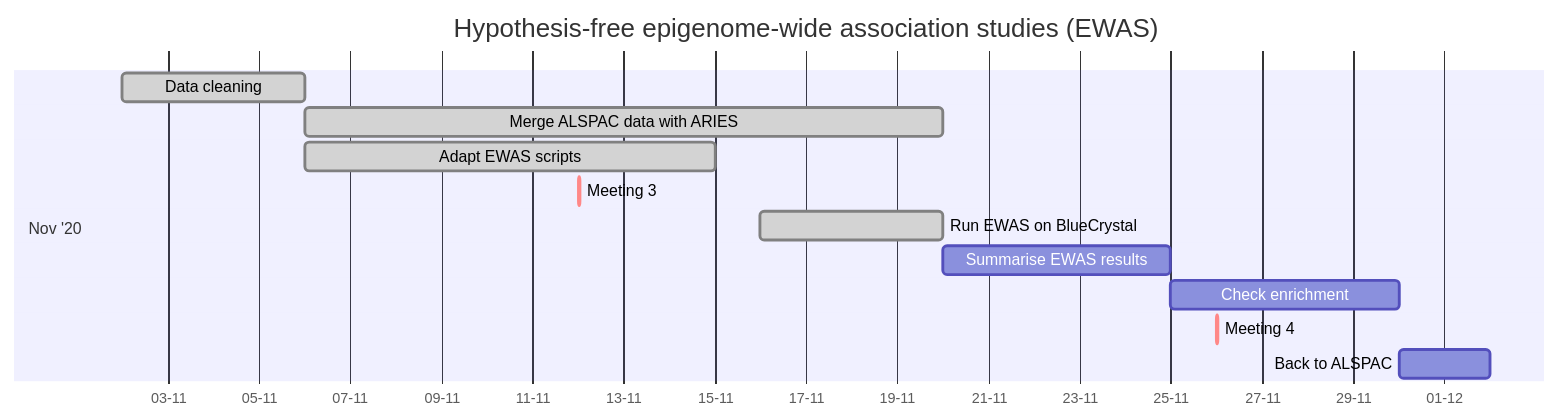
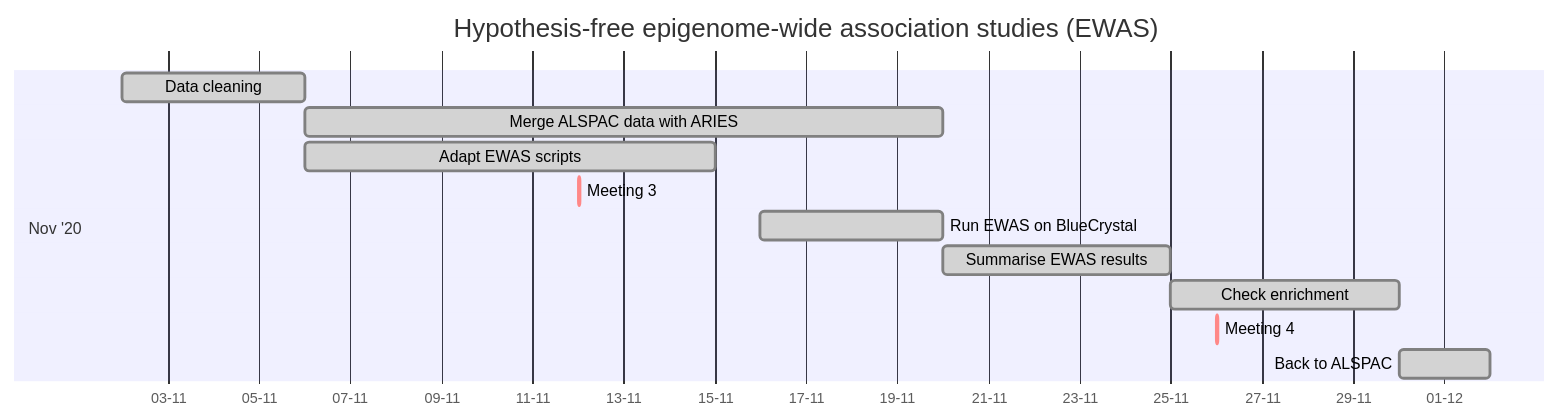
The second of 5 diagrams in Planning/MP1 Gantt.md (flozoemartin/MP1), drawn with Mermaid before and after one commit. The commit also changed other lines of this file, not shown here.

Commit message:
Update MP1 Gantt.md

````diff
--- a/Planning/MP1 Gantt.md
+++ b/Planning/MP1 Gantt.md
@@ -19,17 +19,17 @@
 ```mermaid
 gantt
     dateFormat  YYYY-MM-DD
     title       Hypothesis-free epigenome-wide association studies (EWAS)
     axisFormat  %d-%m
     
     section Nov '20
     Data cleaning                             :done, 2020-11-02, 2020-11-06
     Merge ALSPAC data with ARIES              :done, 2020-11-06, 14d
     Adapt EWAS scripts                        :done, 2020-11-06, 9d
     Meeting 3                                 :crit, 2020-11-12, 1h
     Run EWAS on BlueCrystal                   :done, des5, 2020-11-16, 2020-11-20
-    Summarise EWAS results                    :des6, after des5, 5d
-    Check enrichment                          :des7, after des6, 5d
+    Summarise EWAS results                    :done, des6, after des5, 5d
+    Check enrichment                          :done, des7, after des6, 5d
     Meeting 4                                 :crit, 2020-11-26, 1h
-    Back to ALSPAC                            :des8, after des7, 2d
+    Back to ALSPAC                            :done, des8, after des7, 2d
 ```
````
